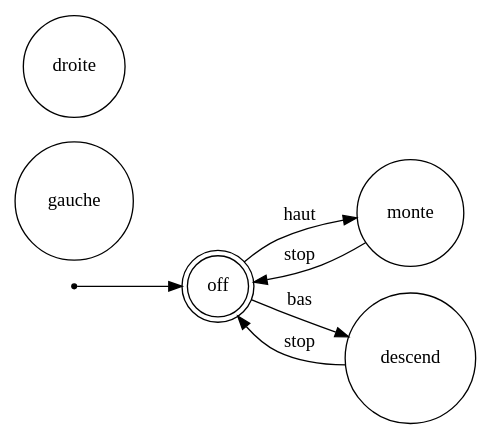
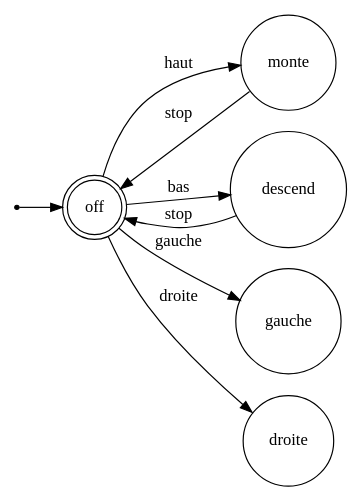
One commit to mineosx29/wasm-as-ensta changed the diagram in Compilator/code.gv. Above: the diagram before and after it, drawn with Graphviz. The commit also changed 6 other files, not shown here.

```diff
--- a/Compilator/code.gv
+++ b/Compilator/code.gv
@@ -1,16 +1,18 @@
 digraph automate{
 rankdir=LR;
 size="8,5"
 node [shape = doublecircle];off;
 node [shape = point ]; qi
 node [shape = circle];
 qi -> off;
 node [shape = circle];monte;
 node [shape = circle];descend;
 node [shape = circle];gauche;
 node [shape = circle];droite;
 off -> monte [ label = "haut"];
 off -> descend [ label = "bas"];
+off -> gauche [ label = "gauche"];
+off -> droite [ label = "droite"];
 monte -> off [ label = "stop"];
 descend -> off [ label = "stop"];
 }
```
